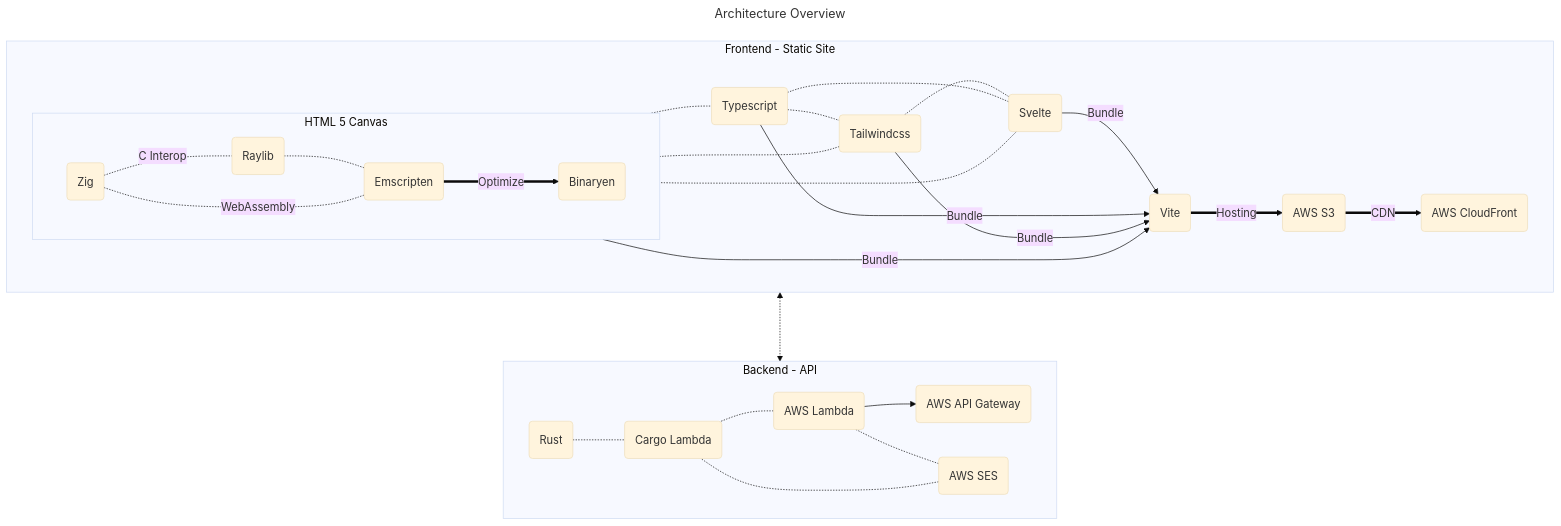
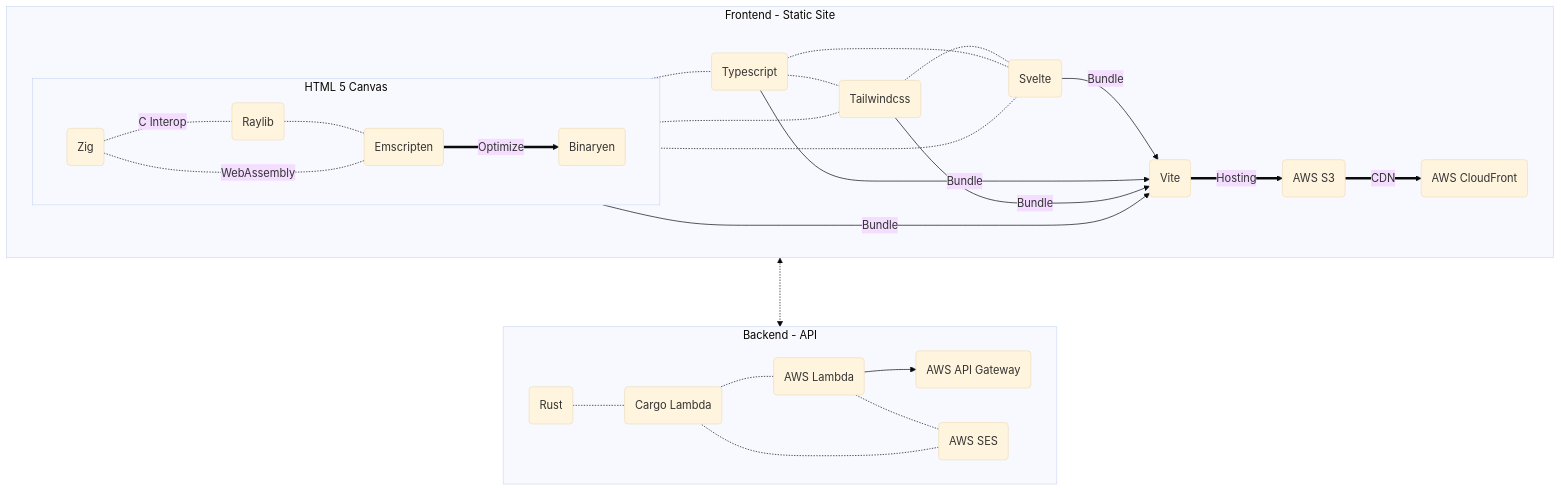
Before and after one commit to dylanlangston/dylanlangston.com: the first of 2 diagrams in README.md, drawn with Mermaid (base theme). The commit also changed other lines of this file, not shown here.

````diff
--- a/README.md
+++ b/README.md
@@ -7,45 +20,42 @@
 ```mermaid
----
-title: Architecture Overview
----
 flowchart TB
     subgraph "Frontend - Static Site"
         direction LR
         S1("Svelte")
         S2("Typescript")
         S3("Tailwindcss")
         S4("Vite")
         S5("AWS S3")
         S6("AWS CloudFront")
 
         subgraph "HTML 5 Canvas"
             direction LR
             A1("Zig")
             A2("Raylib")
             A3(Emscripten)
             A4("Binaryen")
             A1 -.C Interop.- A2 -.- A3
             A1 -.WebAssembly.- A3
             A3 ==Optimize==> A4
         end
 
         S3 -.- S1 -.- S2 -.- S3 -.- subGraph0 -.- S2
         S1 -.- subGraph0
         S1 & S2 & S3 & subGraph0 --Bundle--> S4 ==Hosting==> S5 ==CDN==> S6
     end
 
     subgraph "Backend - API"
         direction LR
         I1("Rust")
         I2("Cargo Lambda")
         I3("AWS Lambda")
         I4("AWS API Gateway")
         I5("AWS SES")
 
         I1 -.- I2 -.- I3 --> I4
         I3 -.- I5 -.- I2
     end
 
 	subGraph1 <-..-> subGraph2
 	
 ```
````
